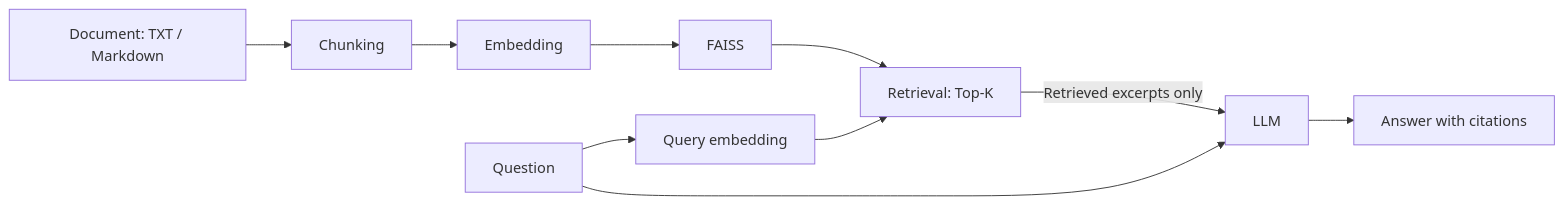
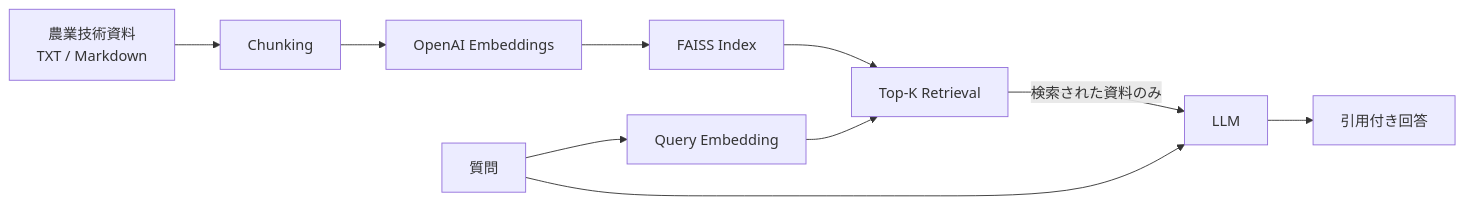
The diagram in README.md (tatesato/agri-rag-assistant), drawn with Mermaid before and after one commit. The commit also changed other lines of this file and 1 other file, not shown here.

````diff
--- a/README.md
+++ b/README.md
@@ -37,12 +68,15 @@
 ```mermaid
 flowchart LR
-    D[Document: TXT / Markdown] --> C[Chunking]
-    C --> E[Embedding]
-    E --> F[FAISS]
-    F --> R[Retrieval: Top-K]
-    Q[Question] --> QE[Query embedding]
-    QE --> R
-    R -->|Retrieved excerpts only| L[LLM]
+    D[農業技術資料<br>TXT / Markdown] --> C[Chunking]
+    C --> E[OpenAI Embeddings]
+    E --> F[FAISS Index]
+
+    Q[質問] --> QE[Query Embedding]
+    QE --> R[Top-K Retrieval]
+    F --> R
+
+    R -->|検索された資料のみ| L[LLM]
     Q --> L
-    L --> A[Answer with citations]
+
+    L --> A[引用付き回答]
 ```
````
